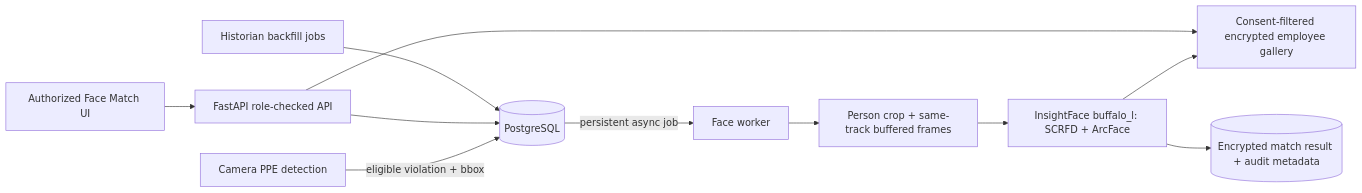
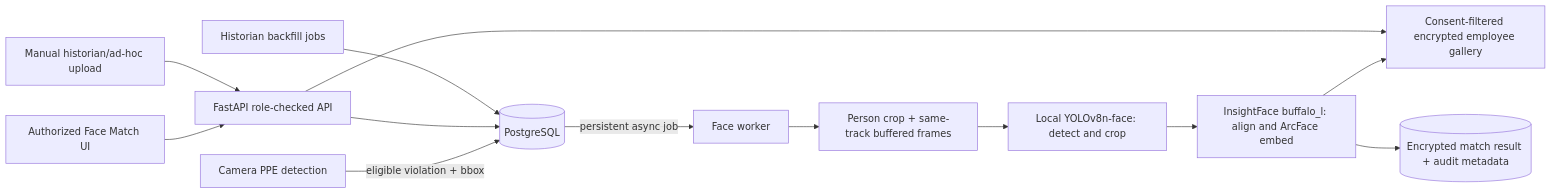
One commit to Igowtham2412/INGPCE changed the diagram in README.md. Above: the diagram before and after it, drawn with Mermaid. The commit also changed other lines of this file and 21 other files, not shown here.

````diff
--- a/README.md
+++ b/README.md
@@ -264,13 +264,15 @@
 ```mermaid
 flowchart LR
   CAM[Camera PPE detection] -->|eligible violation + bbox| DB[(PostgreSQL)]
   DB -->|persistent async job| WORKER[Face worker]
   WORKER --> CROP[Person crop + same-track buffered frames]
-  CROP --> INSIGHT[InsightFace buffalo_l: SCRFD + ArcFace]
+  CROP --> YOLO[Local YOLOv8n-face: detect and crop]
+  YOLO --> INSIGHT[InsightFace buffalo_l: align and ArcFace embed]
   INSIGHT --> GALLERY[Consent-filtered encrypted employee gallery]
   INSIGHT --> RESULT[(Encrypted match result + audit metadata)]
   UI[Authorized Face Match UI] --> API[FastAPI role-checked API]
   API --> DB
   API --> GALLERY
   HIST[Historian backfill jobs] --> DB
+  UPLOAD[Manual historian/ad-hoc upload] --> API
 ```
````
